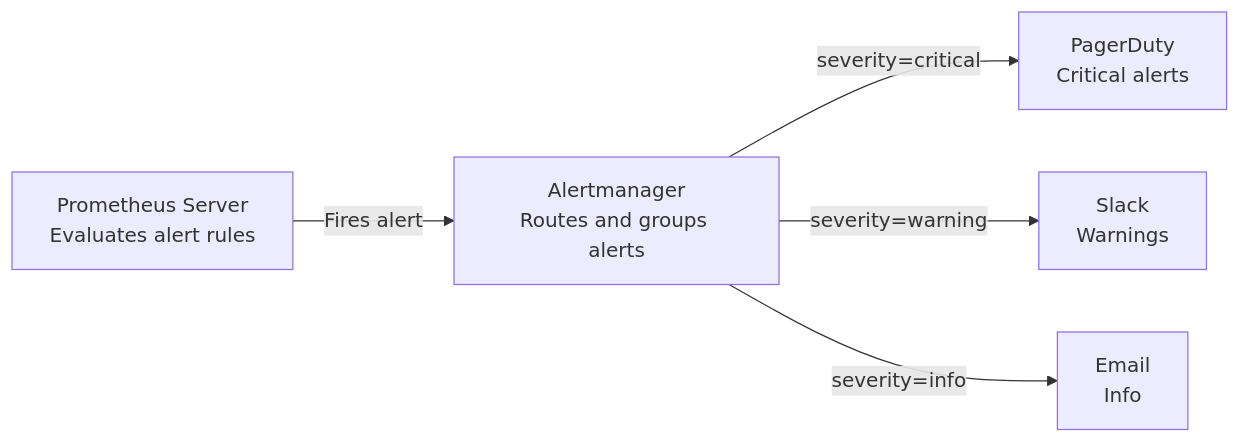
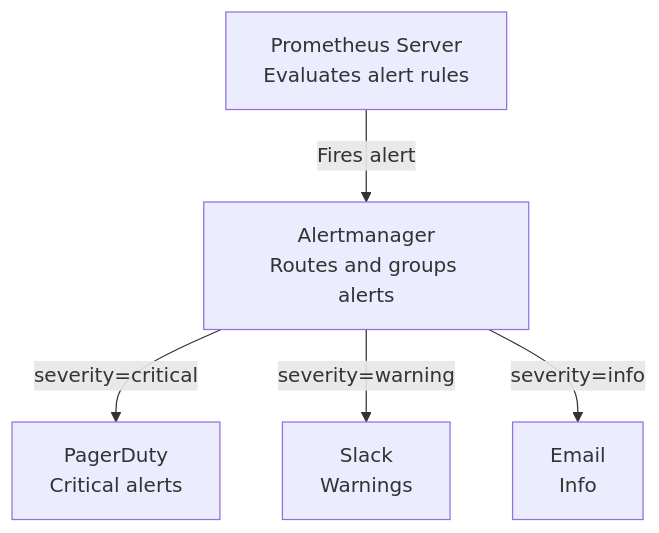
The diagram in documents/engineering/alerting.md (Tuee22/effectful), drawn with Mermaid before and after one commit. The commit also changed other lines of this file and 16 other files, not shown here.

````diff
--- a/documents/engineering/alerting.md
+++ b/documents/engineering/alerting.md
@@ -386,13 +386,13 @@
 ```mermaid
-flowchart LR
+flowchart TB
     Prometheus[Prometheus Server<br/>Evaluates alert rules]
     Alertmanager[Alertmanager<br/>Routes and groups alerts]
     PagerDuty[PagerDuty<br/>Critical alerts]
     Slack[Slack<br/>Warnings]
     Email[Email<br/>Info]
 
     Prometheus -->|Fires alert| Alertmanager
     Alertmanager -->|severity=critical| PagerDuty
     Alertmanager -->|severity=warning| Slack
     Alertmanager -->|severity=info| Email
 ```
````
